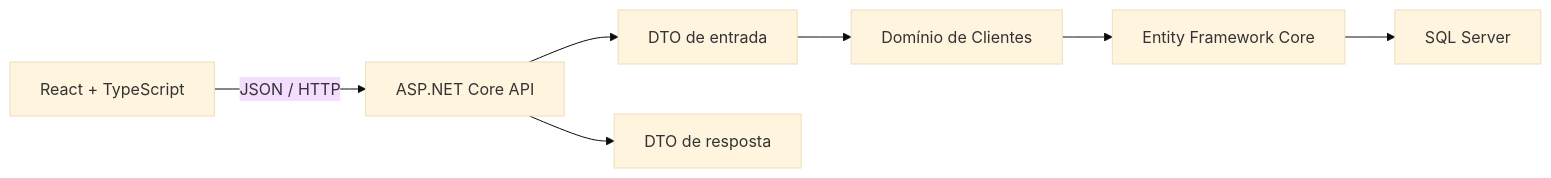
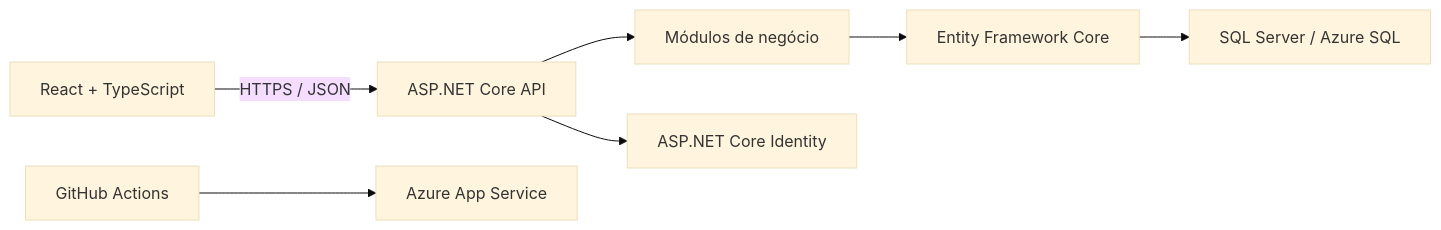
Before and after one commit to Felipe-everardo/ficha-digital: the second of 2 diagrams in README.md, drawn with Mermaid (base theme). The commit also changed other lines of this file, not shown here.

````diff
--- a/README.md
+++ b/README.md
@@ -65,9 +103,9 @@
 ```mermaid
 flowchart LR
-    A["React + TypeScript"] -->|"JSON / HTTP"| B["ASP.NET Core API"]
-    B --> C["DTO de entrada"]
-    C --> D["Domínio de Clientes"]
-    D --> E["Entity Framework Core"]
-    E --> F["SQL Server"]
-    B --> G["DTO de resposta"]
+    A["React + TypeScript"] -->|"HTTPS / JSON"| B["ASP.NET Core API"]
+    B --> C["Módulos de negócio"]
+    C --> D["Entity Framework Core"]
+    D --> E["SQL Server / Azure SQL"]
+    B --> F["ASP.NET Core Identity"]
+    G["GitHub Actions"] --> H["Azure App Service"]
 ```
````
